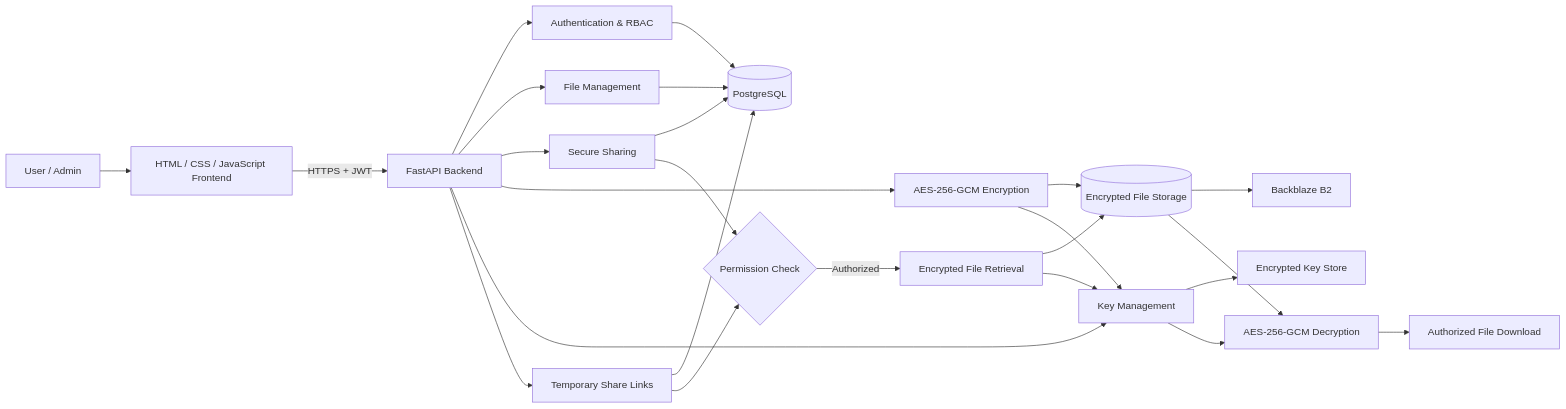
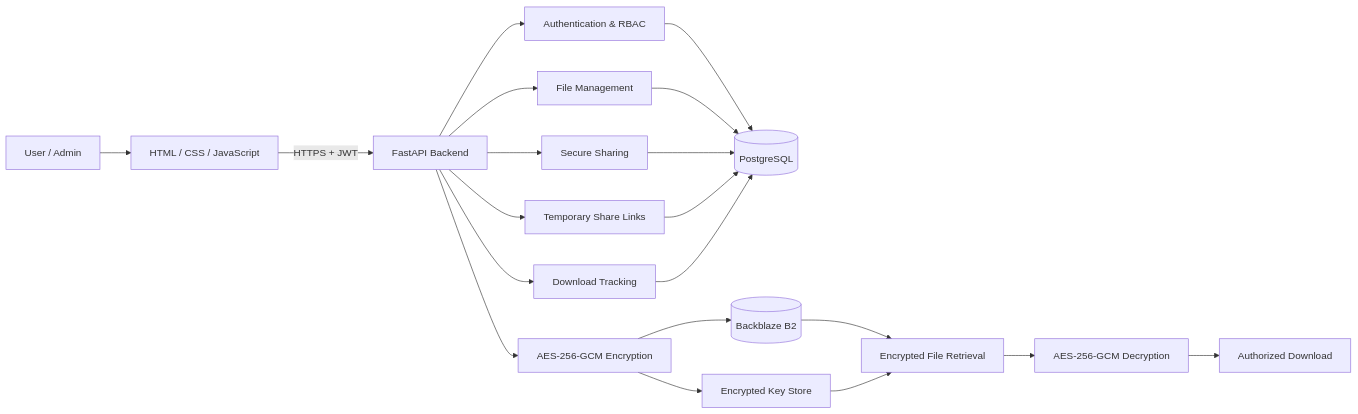
The diagram in docs/architecture.md (springboardmentor28126j/Intelligent-Encrypted-File-Sharing-and-Digital-Collaboration-Management-Platform), drawn with Mermaid before and after one commit. The commit also changed other lines of this file, not shown here.

Commit message:
architecture.md

````diff
--- a/docs/architecture.md
+++ b/docs/architecture.md
@@ -39,34 +35,26 @@
 ```mermaid
 flowchart LR
-
-    U[User / Admin] --> F[HTML / CSS / JavaScript Frontend]
+    U[User / Admin] --> F[HTML / CSS / JavaScript]
     F -->|HTTPS + JWT| B[FastAPI Backend]
 
     B --> A[Authentication & RBAC]
-    B --> M[File Management]
+    B --> FM[File Management]
     B --> S[Secure Sharing]
     B --> E[AES-256-GCM Encryption]
-    B --> K[Key Management]
     B --> T[Temporary Share Links]
+    B --> M[Download Tracking]
 
-    A --> P[(PostgreSQL)]
-    M --> P
-    S --> P
-    T --> P
+    A --> DB[(PostgreSQL)]
+    FM --> DB
+    S --> DB
+    T --> DB
+    M --> DB
 
-    E --> O[(Encrypted File Storage)]
-    O --> B2[Backblaze B2]
+    E --> B2[(Backblaze B2)]
+    E --> K[Encrypted Key Store]
 
-    K --> KS[Encrypted Key Store]
-
-    E --> K
-    S --> X{Permission Check}
-    T --> X
-
-    X -->|Authorized| R[Encrypted File Retrieval]
-    R --> O
-    R --> K
-    K --> D[AES-256-GCM Decryption]
-    O --> D
-    D --> DL[Authorized File Download]
+    B2 --> R[Encrypted File Retrieval]
+    K --> R
+    R --> D[AES-256-GCM Decryption]
+    D --> DL[Authorized Download]
 ```
````
